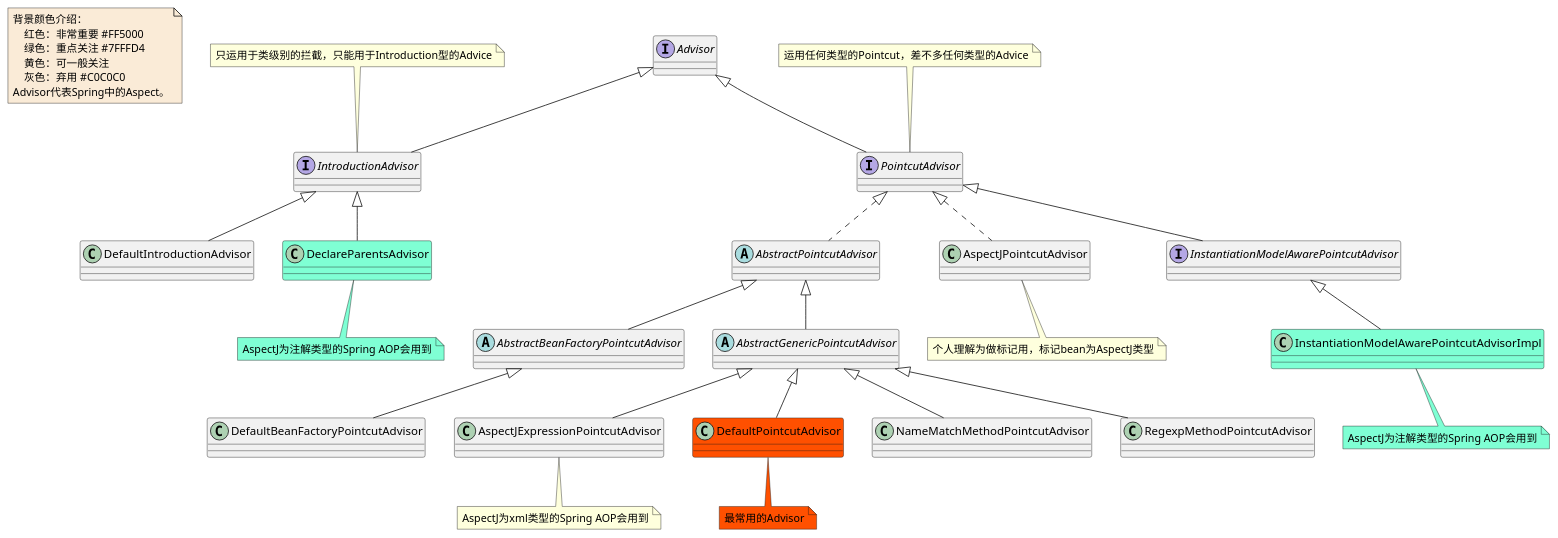
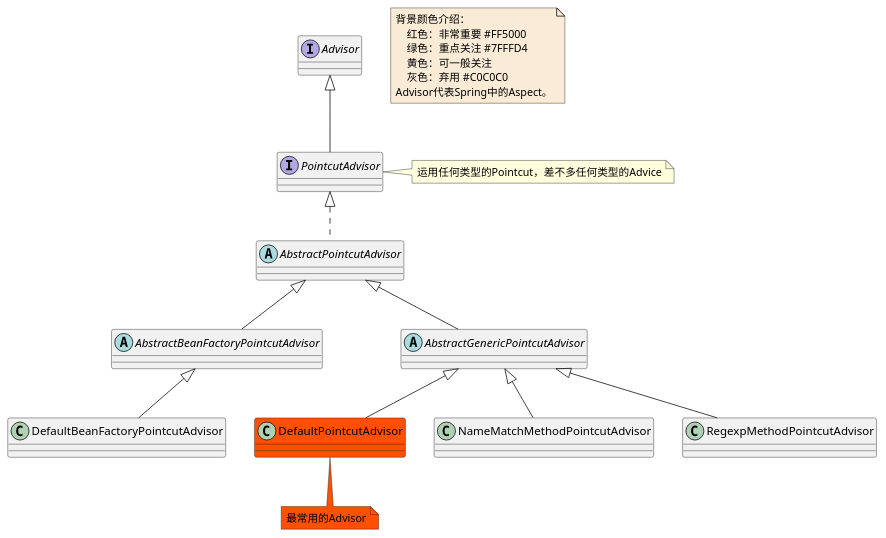
One commit to czwer/learn-spring-code changed the diagram in document/spring/base/class/Aop-Advisor-class.puml. Above: the diagram before and after it, drawn with PlantUML. The commit also changed 9 other files, not shown here.

```diff
--- a/document/spring/base/class/Aop-Advisor-class.puml
+++ b/document/spring/base/class/Aop-Advisor-class.puml
@@ -1,63 +1,44 @@
 @startuml
 
 note  as N1 #FAEBD7
     背景颜色介绍：
         红色：非常重要 #FF5000
         绿色：重点关注 #7FFFD4
         黄色：可一般关注
         灰色：弃用 #C0C0C0
     Advisor代表Spring中的Aspect。
 end note
 
 interface Advisor
 abstract class AbstractPointcutAdvisor
 abstract class AbstractBeanFactoryPointcutAdvisor
 abstract class AbstractGenericPointcutAdvisor
-class AspectJExpressionPointcutAdvisor
-note bottom : AspectJ为xml类型的Spring AOP会用到
-class AspectJPointcutAdvisor
-note bottom : 个人理解为做标记用，标记bean为AspectJ类型
-class DefaultIntroductionAdvisor
-class DeclareParentsAdvisor #7FFFD4
-note bottom #7FFFD4: AspectJ为注解类型的Spring AOP会用到
 class DefaultBeanFactoryPointcutAdvisor
 class DefaultPointcutAdvisor #FF5000
 note bottom #FF5000: 最常用的Advisor
-interface IntroductionAdvisor
-note top : 只运用于类级别的拦截，只能用于Introduction型的Advice
-interface InstantiationModelAwarePointcutAdvisor
-class InstantiationModelAwarePointcutAdvisorImpl #7FFFD4
-note bottom #7FFFD4: AspectJ为注解类型的Spring AOP会用到
 class NameMatchMethodPointcutAdvisor
 interface PointcutAdvisor
-note top : 运用任何类型的Pointcut，差不多任何类型的Advice
+note right : 运用任何类型的Pointcut，差不多任何类型的Advice
 class RegexpMethodPointcutAdvisor
 
 
 
 
-AbstractGenericPointcutAdvisor <|-- AspectJExpressionPointcutAdvisor
 AbstractGenericPointcutAdvisor <|-- DefaultPointcutAdvisor
 AbstractGenericPointcutAdvisor <|-- NameMatchMethodPointcutAdvisor
 AbstractGenericPointcutAdvisor <|-- RegexpMethodPointcutAdvisor
 
 AbstractPointcutAdvisor <|-- AbstractGenericPointcutAdvisor
 AbstractPointcutAdvisor <|-- AbstractBeanFactoryPointcutAdvisor
 
 AbstractBeanFactoryPointcutAdvisor <|-- DefaultBeanFactoryPointcutAdvisor
 
 Advisor <|-- PointcutAdvisor
-Advisor <|-- IntroductionAdvisor
 
 
-IntroductionAdvisor <|-- DeclareParentsAdvisor
-IntroductionAdvisor <|-- DefaultIntroductionAdvisor
 
-InstantiationModelAwarePointcutAdvisor <|-- InstantiationModelAwarePointcutAdvisorImpl
 
 PointcutAdvisor <|.. AbstractPointcutAdvisor
-PointcutAdvisor <|.. AspectJPointcutAdvisor
-PointcutAdvisor <|-- InstantiationModelAwarePointcutAdvisor
 
 
 @enduml
```
